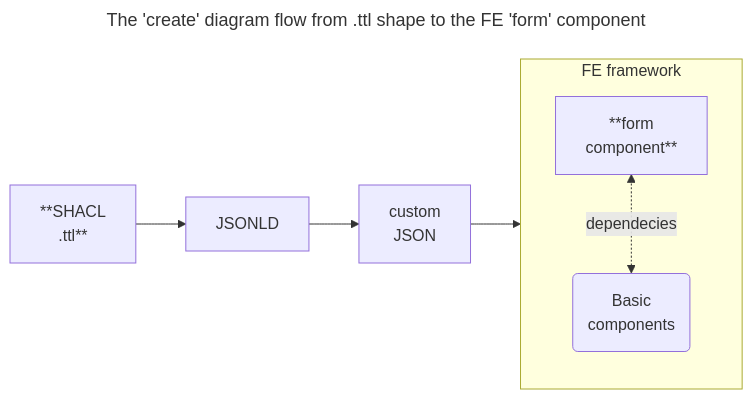
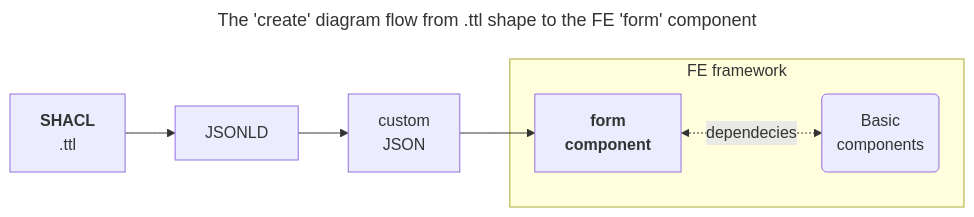
The diagram in README.md (SolidLabResearch/solid-sfef-cli), drawn with Mermaid before and after one commit.

Commit message:
readme.md diagram retouched

````diff
--- a/README.md
+++ b/README.md
@@ -36,13 +36,21 @@
 ```mermaid
 ---
 title: The 'create' diagram flow from .ttl shape to the FE 'form' component
 ---
-graph LR
-    A[**SHACL\n.ttl**] --> B[JSONLD]
-    B --> C[custom\nJSON]
-    C --> D[**form\ncomponent**]
-    subgraph FE framework
-        direction BT
-        E(Basic\ncomponents) <-. dependecies .-> D
+flowchart LR
+    A["`**SHACL**
+      .ttl`"]
+    B[JSONLD]
+    C["`custom
+      JSON`"]
+    D["`**form
+      component**`"]
+    E("`Basic
+      components`")
+    A --> B
+    B --> C
+    C --> D
+    subgraph DE[FE framework]
+        D <-. dependecies .-> E
     end
 ```
````
